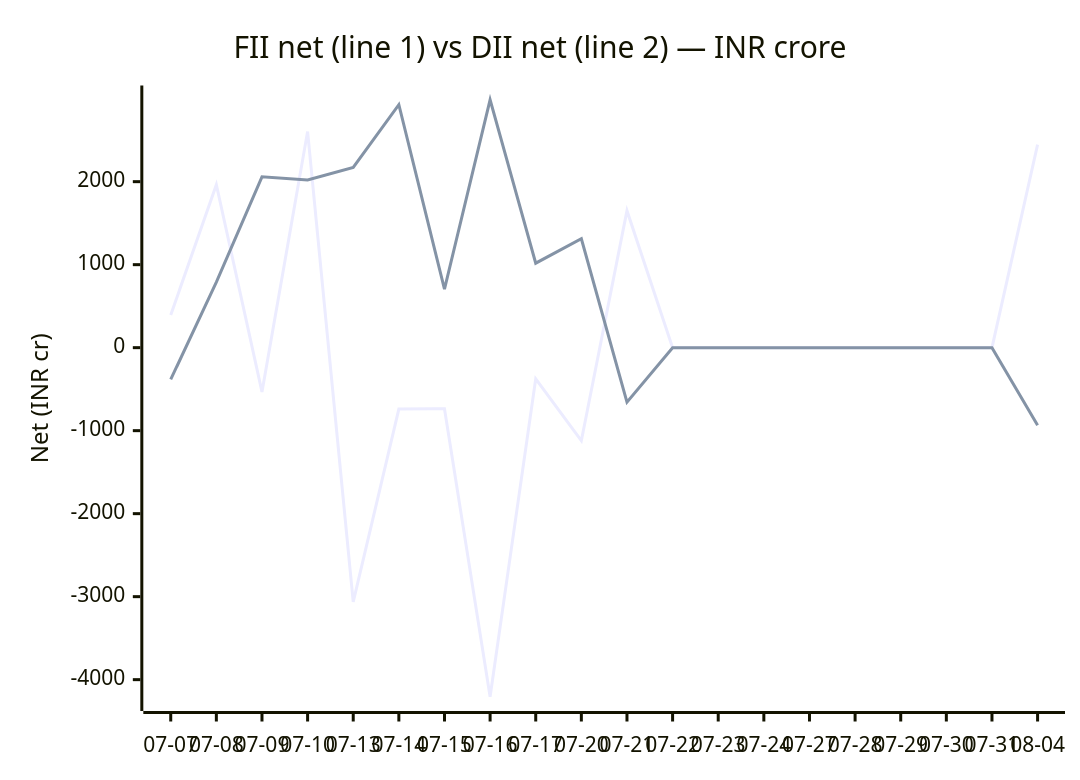
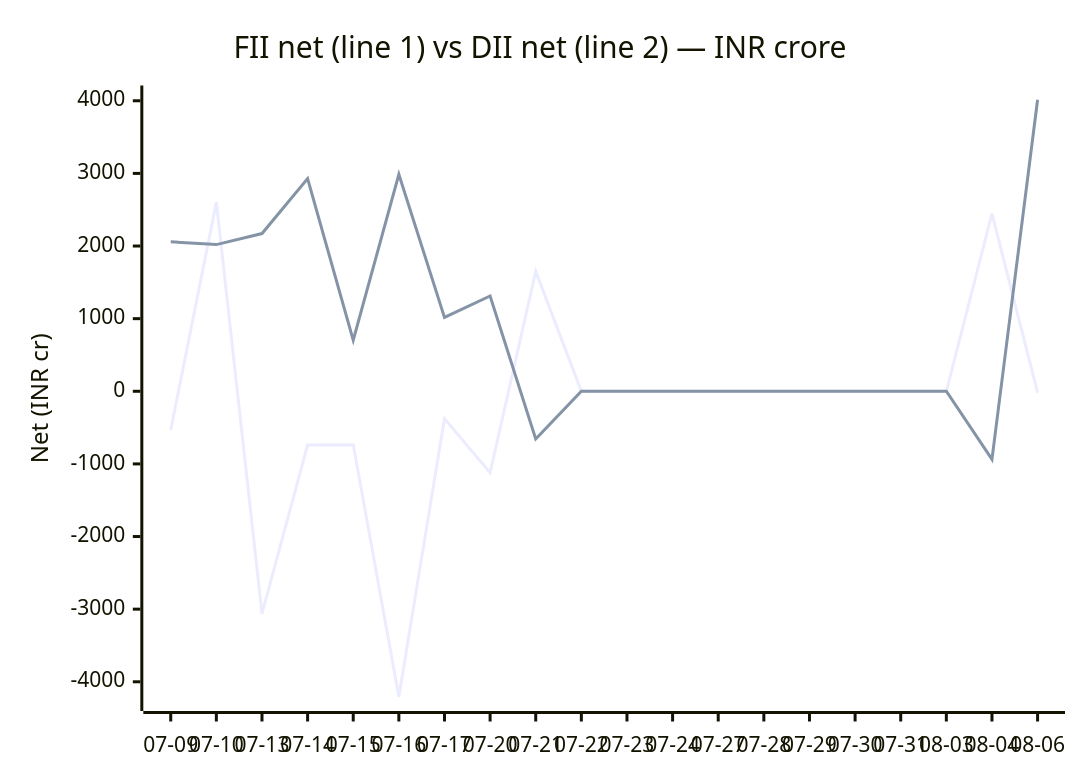
Before and after one commit to chirag127/fii-dii-activity-api: the diagram in README.md, drawn with Mermaid. The commit also changed 2 other files, not shown here.

Commit message:
data: scrape 2026-08-07

````diff
--- a/README.md
+++ b/README.md
@@ -25,8 +25,8 @@
 ```mermaid
 xychart-beta
     title "FII net (line 1) vs DII net (line 2) — INR crore"
-    x-axis ["07-07", "07-08", "07-09", "07-10", "07-13", "07-14", "07-15", "07-16", "07-17", "07-20", "07-21", "07-22", "07-23", "07-24", "07-27", "07-28", "07-29", "07-30", "07-31", "08-04"]
-    y-axis "Net (INR cr)" -4206 --> 2987
-    line [393.19, 1962.8, -532.86, 2603.72, -3062.27, -739.69, -735.83, -4205.56, -376.41, -1121.04, 1650.16, 0, 0, 0, 0, 0, 0, 0, 0, 2446.47]
-    line [-383.43, 790.16, 2057.79, 2019.68, 2171.7, 2927.71, 704.93, 2986.41, 1017.89, 1312.03, -656.88, 0, 0, 0, 0, 0, 0, 0, 0, -936.14]
+    x-axis ["07-09", "07-10", "07-13", "07-14", "07-15", "07-16", "07-17", "07-20", "07-21", "07-22", "07-23", "07-24", "07-27", "07-28", "07-29", "07-30", "07-31", "08-03", "08-04", "08-06"]
+    y-axis "Net (INR cr)" -4206 --> 4014
+    line [-532.86, 2603.72, -3062.27, -739.69, -735.83, -4205.56, -376.41, -1121.04, 1650.16, 0, 0, 0, 0, 0, 0, 0, 0, 0, 2446.47, -17.86]
+    line [2057.79, 2019.68, 2171.7, 2927.71, 704.93, 2986.41, 1017.89, 1312.03, -656.88, 0, 0, 0, 0, 0, 0, 0, 0, 0, -936.14, 4013.6]
 ```
````
